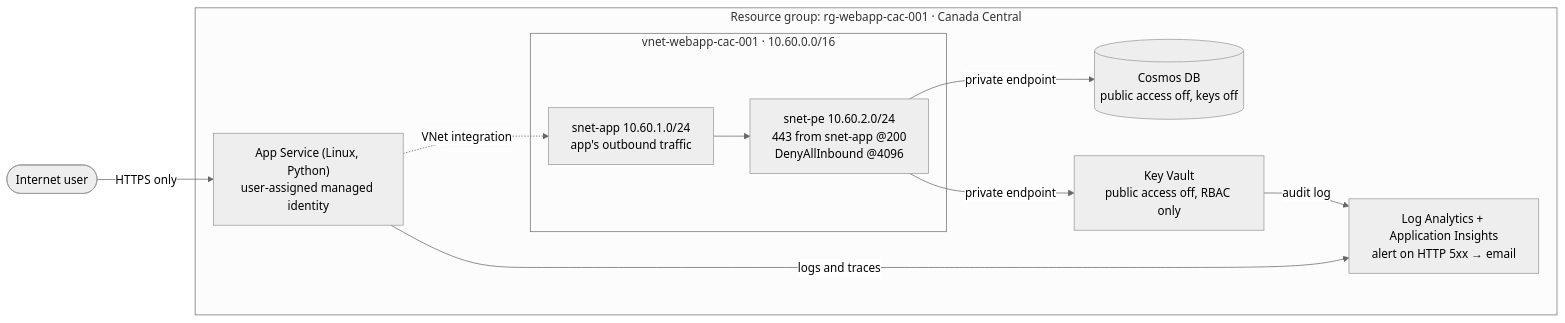
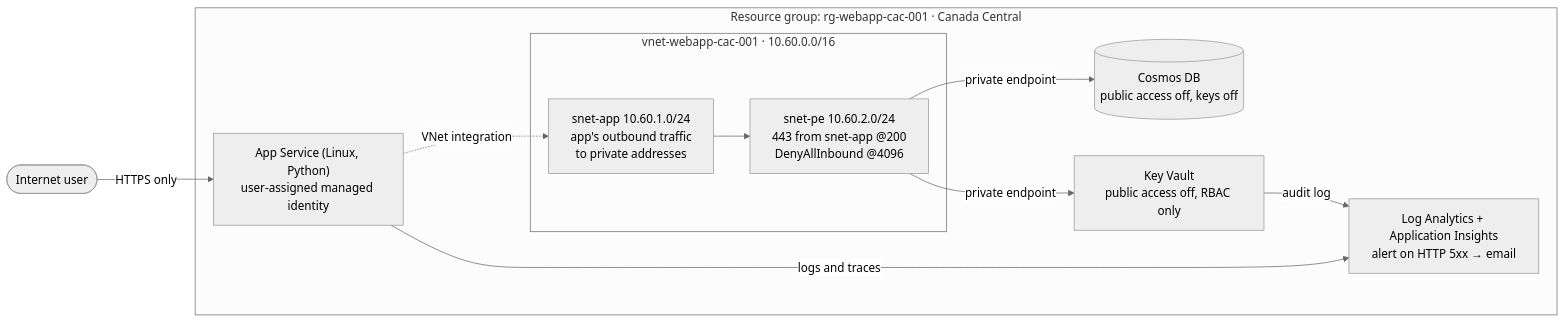
The diagram in README.md (mohamedhirey/azure-secure-web-app), drawn with Mermaid (neutral theme) before and after one commit. The commit also changed other lines of this file and 2 other files, not shown here.

````diff
--- a/README.md
+++ b/README.md
@@ -35,24 +35,24 @@
 ```mermaid
 graph LR
     User(["Internet user"]) -->|HTTPS only| App
 
     subgraph RG["Resource group: rg-webapp-cac-001 · Canada Central"]
         App["App Service (Linux, Python)<br/>user-assigned managed identity"]
 
         subgraph VNET["vnet-webapp-cac-001 · 10.60.0.0/16"]
-            SA["snet-app 10.60.1.0/24<br/>app's outbound traffic"]
+            SA["snet-app 10.60.1.0/24<br/>app's outbound traffic<br/>to private addresses"]
             SP["snet-pe 10.60.2.0/24<br/>443 from snet-app @200<br/>DenyAllInbound @4096"]
         end
 
         Cosmos[("Cosmos DB<br/>public access off, keys off")]
         KV["Key Vault<br/>public access off, RBAC only"]
         Mon["Log Analytics + Application Insights<br/>alert on HTTP 5xx → email"]
     end
 
     App -.->|VNet integration| SA
     SA --> SP
     SP -->|private endpoint| Cosmos
     SP -->|private endpoint| KV
     App -->|logs and traces| Mon
     KV -->|audit log| Mon
 ```
````
